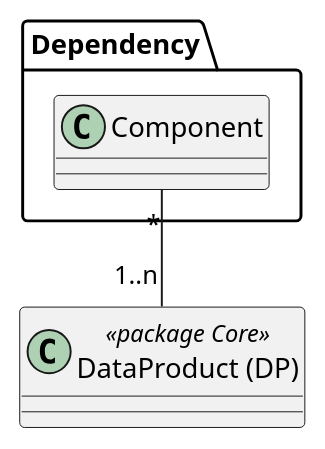
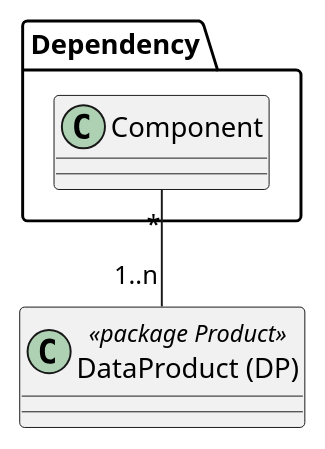
Before and after one commit to sogis/simi: the diagram in simi/doc/puml/src/simi_dependency.puml, drawn with PlantUML. The commit also changed 8 other files, not shown here.

Commit message:
sl2dsv: puml diagrams

```diff
--- a/simi/doc/puml/src/simi_dependency.puml
+++ b/simi/doc/puml/src/simi_dependency.puml
@@ -1,9 +1,9 @@
 @startuml
-class "DataProduct (DP)" as dp << package Core >>
+class "DataProduct (DP)" as dp << package Product >>
 
 package Dependency {
   class "Component" as comp
 }
 
 comp "*" -- "1..n" dp
 @enduml
```
